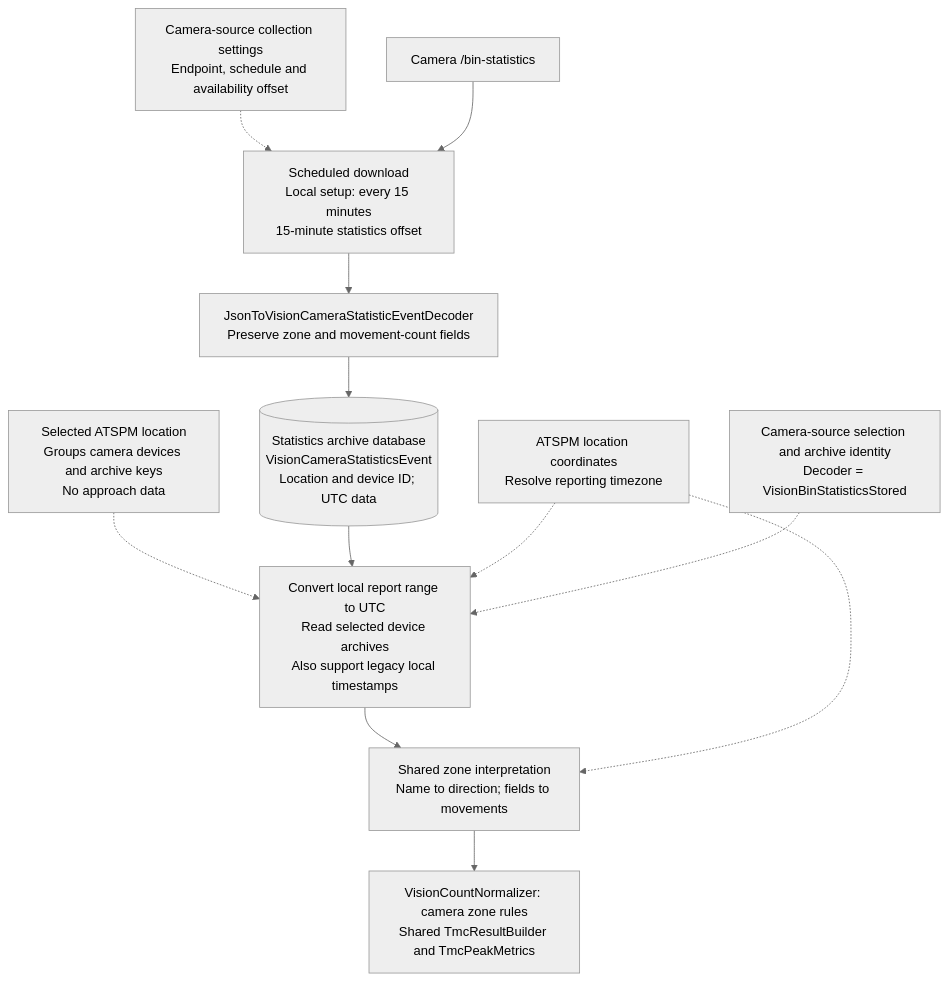
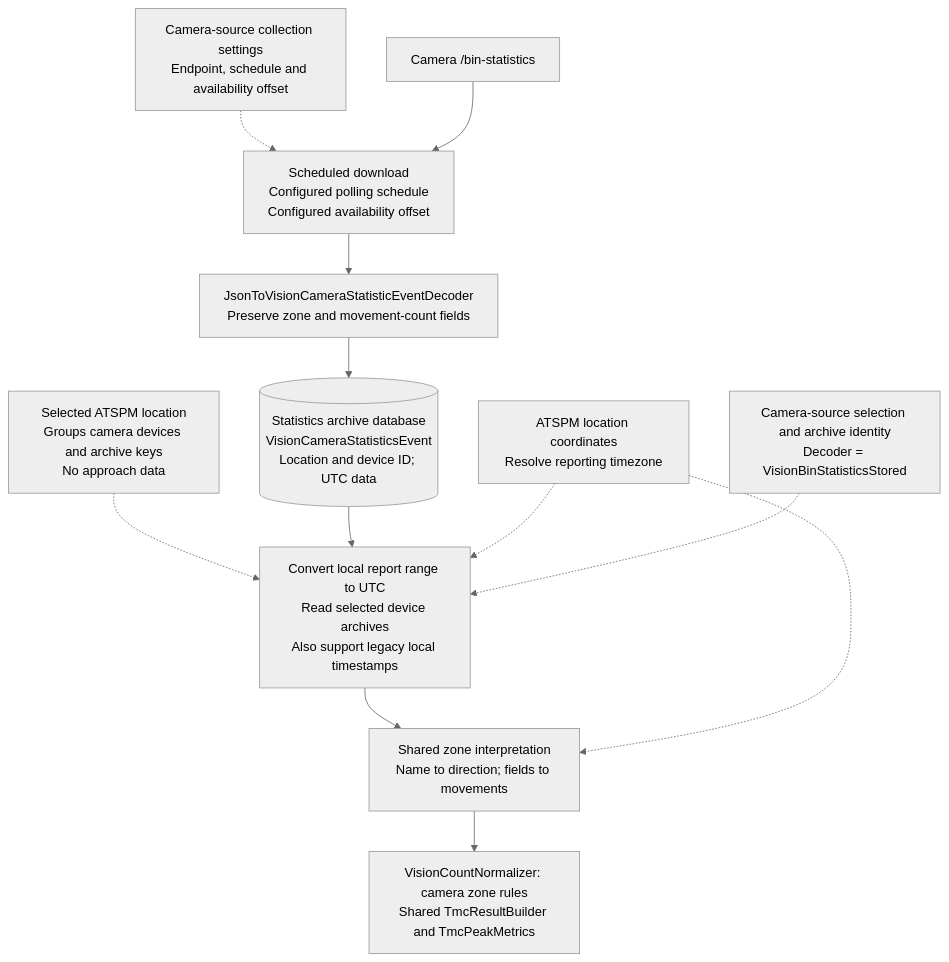
One commit to avenueconsultants/ATSPM-Gilbert changed the fourth of 5 diagrams in docs/design/tmc-source-data-flows.md. Above: the diagram before and after it, drawn with Mermaid (neutral theme). The commit also changed other lines of this file and 13 other files, not shown here.

````diff
--- a/docs/design/tmc-source-data-flows.md
+++ b/docs/design/tmc-source-data-flows.md
@@ -128,20 +143,20 @@
 ```mermaid
 flowchart TD
     CFG["Camera-source collection settings<br/>Endpoint, schedule and availability offset"]
     CAM["Camera /bin-statistics"]
-    LOG["Scheduled download<br/>Local setup: every 15 minutes<br/>15-minute statistics offset"]
+    LOG["Scheduled download<br/>Configured polling schedule<br/>Configured availability offset"]
     DEC["JsonToVisionCameraStatisticEventDecoder<br/>Preserve zone and movement-count fields"]
     DB[("Statistics archive database<br/>VisionCameraStatisticsEvent<br/>Location and device ID; UTC data")]
     LOC["ATSPM location coordinates<br/>Resolve reporting timezone"]
     DEV["Camera-source selection and archive identity<br/>Decoder = VisionBinStatisticsStored"]
     READ["Convert local report range to UTC<br/>Read selected device archives<br/>Also support legacy local timestamps"]
     MAP["Shared zone interpretation<br/>Name to direction; fields to movements"]
     OUT["VisionCountNormalizer: camera zone rules<br/>Shared TmcResultBuilder and TmcPeakMetrics"]
     GROUP["Selected ATSPM location<br/>Groups camera devices and archive keys<br/>No approach data"]
     GROUP -.-> READ
     CFG -.-> LOG
     CAM --> LOG --> DEC --> DB --> READ --> MAP --> OUT
     LOC -.-> READ
     LOC -.-> MAP
     DEV -.-> READ
 ```
````
